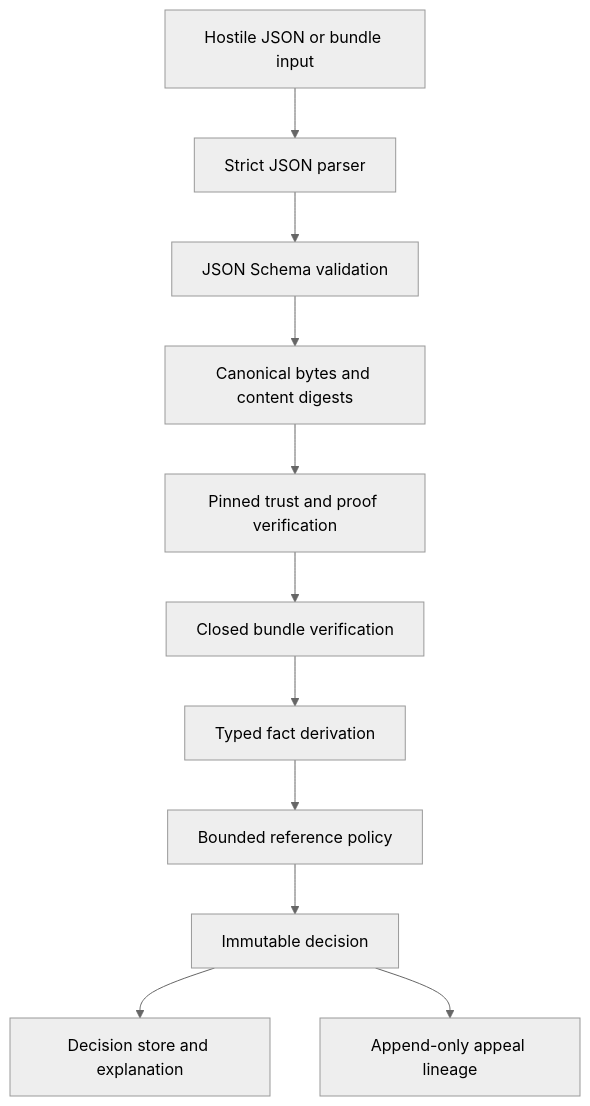
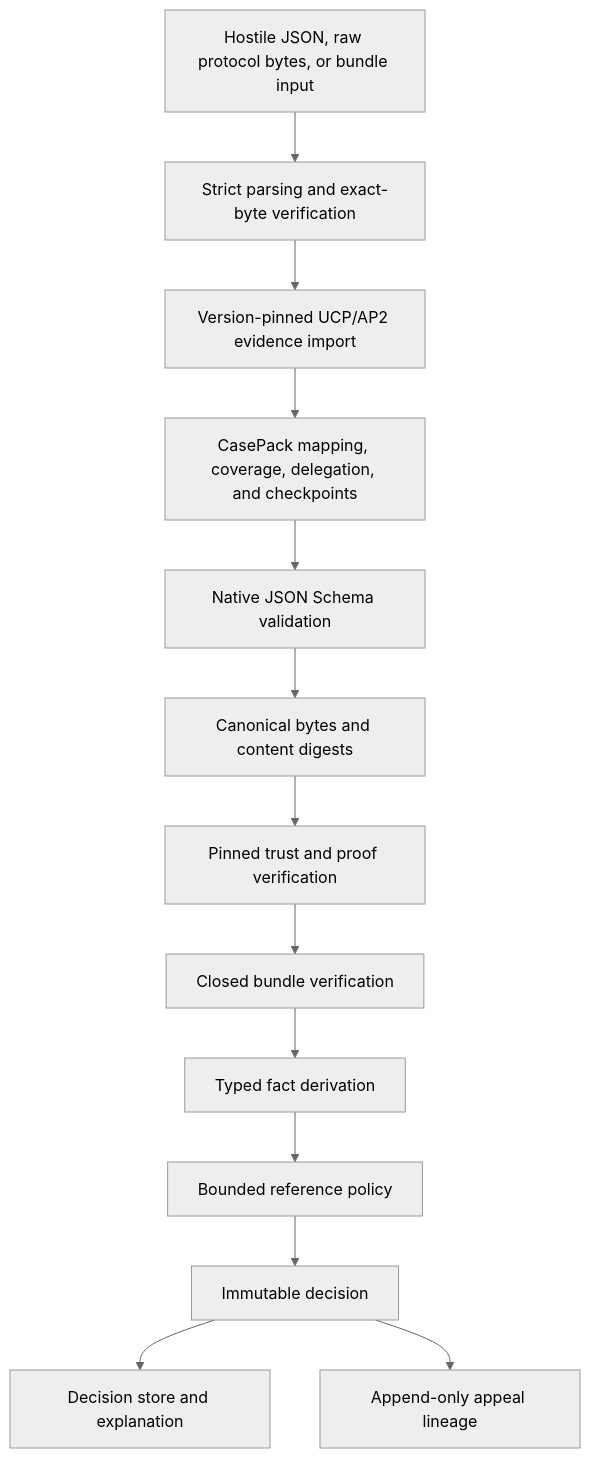
One commit to EauDoon/mandatebound changed the diagram in docs/ARCHITECTURE.md. Above: the diagram before and after it, drawn with Mermaid (neutral theme). The commit also changed other lines of this file and 38 other files, not shown here.

````diff
--- a/docs/ARCHITECTURE.md
+++ b/docs/ARCHITECTURE.md
@@ -9,13 +9,15 @@
 ```mermaid
 flowchart TD
-  U["Hostile JSON or bundle input"] --> J["Strict JSON parser"]
-  J --> S["JSON Schema validation"]
+  U["Hostile JSON, raw protocol bytes, or bundle input"] --> J["Strict parsing and exact-byte verification"]
+  J --> X["Version-pinned UCP/AP2 evidence import"]
+  X --> K["CasePack mapping, coverage, delegation, and checkpoints"]
+  K --> S["Native JSON Schema validation"]
   S --> C["Canonical bytes and content digests"]
   C --> T["Pinned trust and proof verification"]
   T --> B["Closed bundle verification"]
   B --> F["Typed fact derivation"]
   F --> P["Bounded reference policy"]
   P --> D["Immutable decision"]
   D --> O["Decision store and explanation"]
   D --> A["Append-only appeal lineage"]
 ```
````
